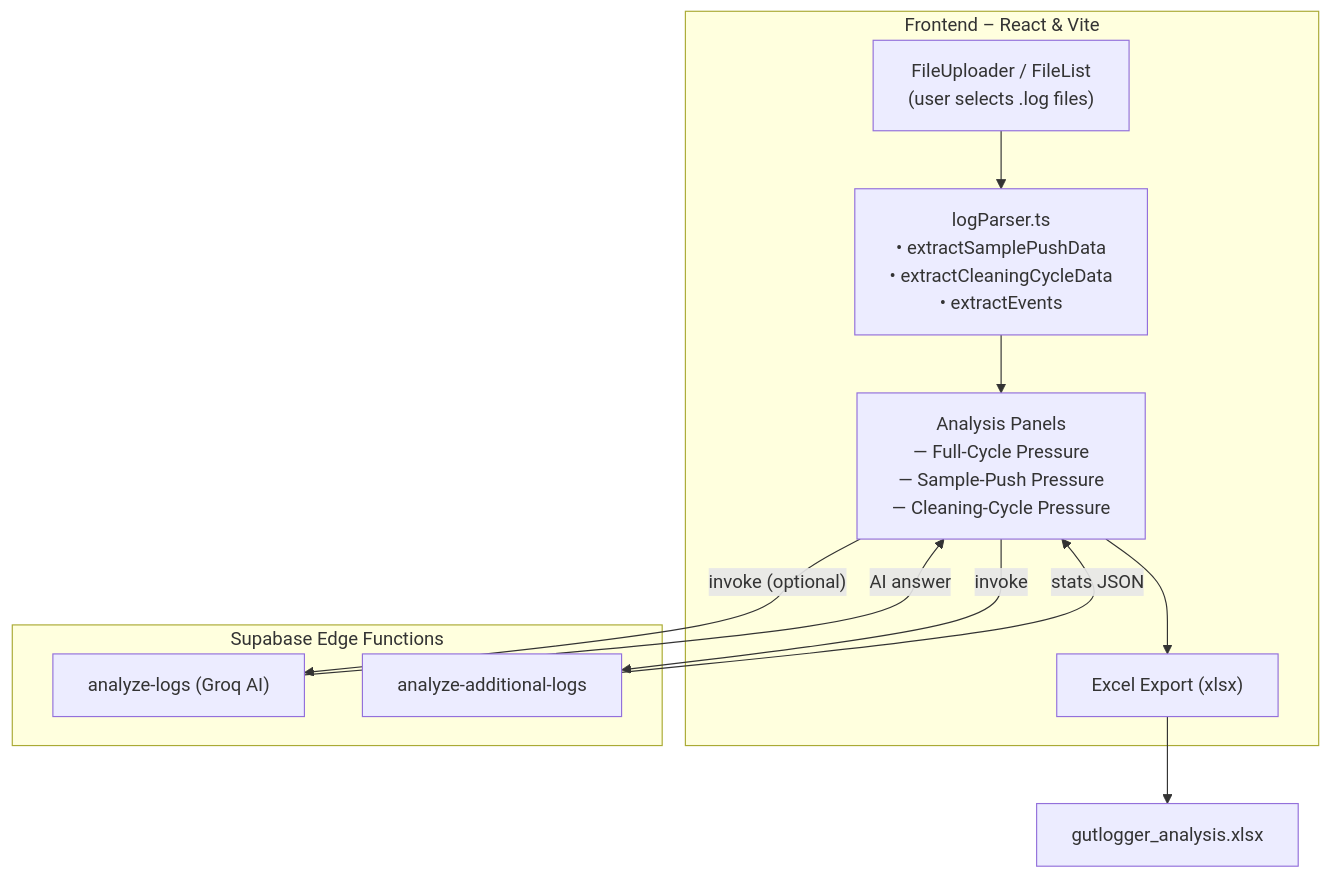
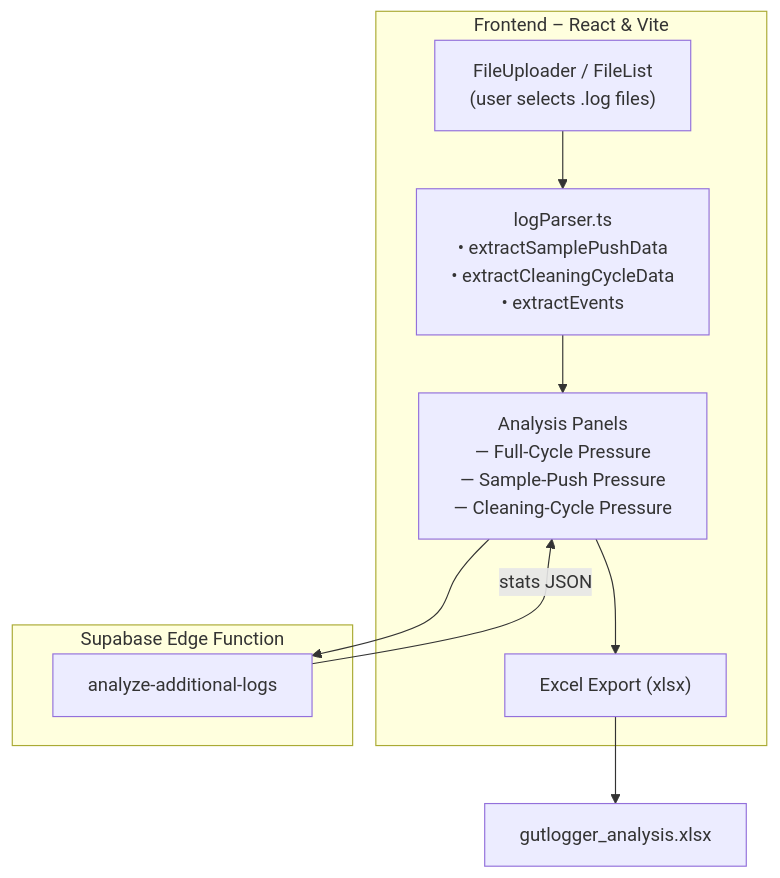
One commit to iscyng/gutlogger changed the diagram in docs/ARCHITECTURE.md. Above: the diagram before and after it, drawn with Mermaid. The commit also changed 2 other files, not shown here.

````diff
--- a/docs/ARCHITECTURE.md
+++ b/docs/ARCHITECTURE.md
@@ -3,23 +3,20 @@
 ```mermaid
 graph TD
   subgraph "Frontend – React & Vite"
     UI["FileUploader / FileList\n(user selects .log files)"]
     Parser["logParser.ts\n• extractSamplePushData\n• extractCleaningCycleData\n• extractEvents"]
     Charts["Analysis Panels\n— Full-Cycle Pressure\n— Sample-Push Pressure\n— Cleaning-Cycle Pressure"]
     Export["Excel Export (xlsx)"]
     UI --> Parser
     Parser --> Charts
     Charts --> Export
   end
 
-  subgraph "Supabase Edge Functions"
-    Fn1["analyze-logs (Groq AI)"]
+  subgraph "Supabase Edge Function"
     Fn2["analyze-additional-logs"]
   end
 
-  Charts -- "invoke (optional)" --> Fn1
-  Charts -- "invoke" --> Fn2
-  Fn1 -- "AI answer" --> Charts
+  Charts --> Fn2
   Fn2 -- "stats JSON" --> Charts
   Export --> XLSX["gutlogger_analysis.xlsx"]
 ```
````
